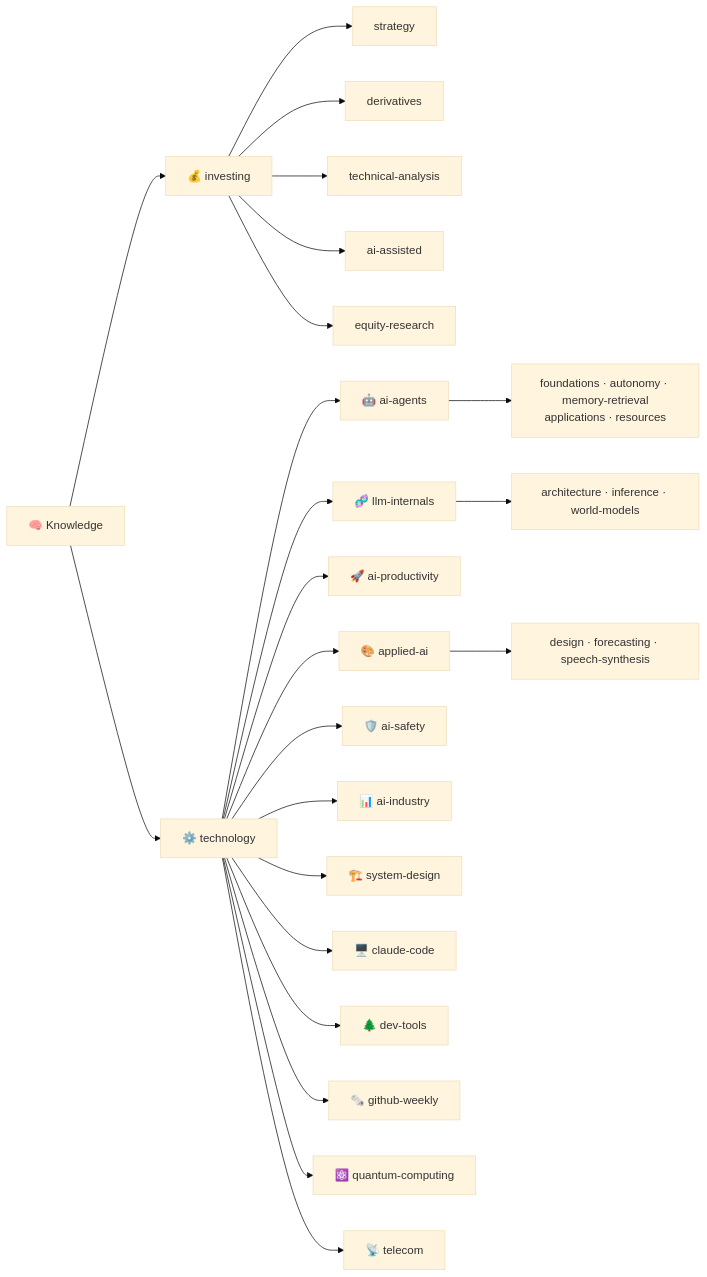
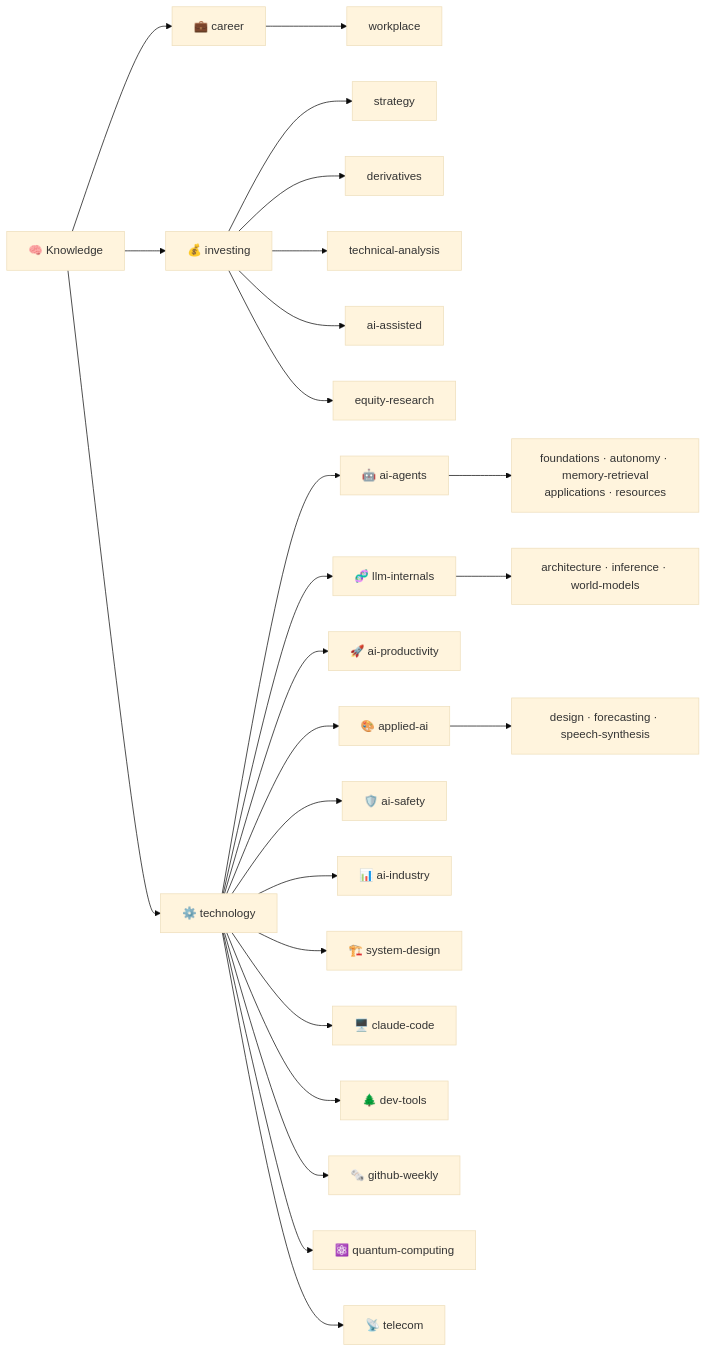
One commit to shooter2062424/Knowledge changed the diagram in README.md. Above: the diagram before and after it, drawn with Mermaid (base theme). The commit also changed other lines of this file and 1 other file, not shown here.

First line of the commit message:
[feat] 新增「十大恐怖主管特質:竹科裸辭」筆記,開 career 大類

````diff
--- a/README.md
+++ b/README.md
@@ -25,25 +25,27 @@
 ```mermaid
 flowchart LR
     K["🧠 Knowledge"] --> I["💰 investing"]
     K --> T["⚙️ technology"]
+    K --> C["💼 career"]
+    C --> C1["workplace"]
     I --> I1["strategy"]
     I --> I2["derivatives"]
     I --> I3["technical-analysis"]
     I --> I4["ai-assisted"]
     I --> I5["equity-research"]
     T --> T1["🤖 ai-agents"]
     T --> T2["🧬 llm-internals"]
     T --> T3["🚀 ai-productivity"]
     T --> T4["🎨 applied-ai"]
     T --> T7["🛡️ ai-safety"]
     T --> T9["📊 ai-industry"]
     T --> T10["🏗️ system-design"]
     T --> T8["🖥️ claude-code"]
     T --> T11["🌲 dev-tools"]
     T --> T12["🗞️ github-weekly"]
     T --> T6["⚛️ quantum-computing"]
     T --> T5["📡 telecom"]
     T1 --> T1a["foundations · autonomy · memory-retrieval<br/>applications · resources"]
     T2 --> T2a["architecture · inference · world-models"]
     T4 --> T4a["design · forecasting · speech-synthesis"]
 ```
````
